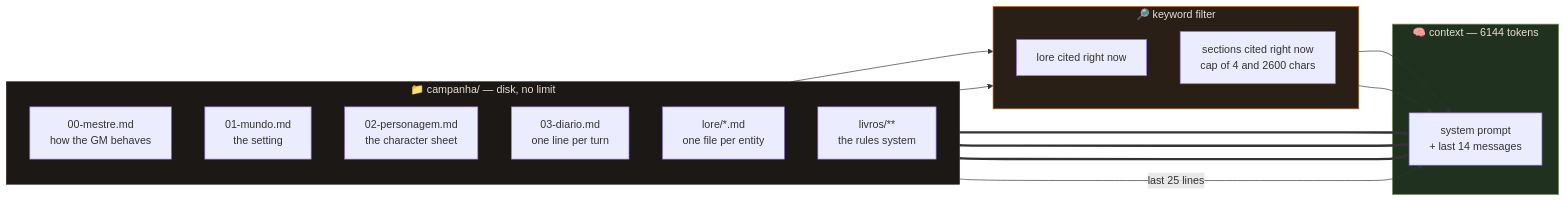
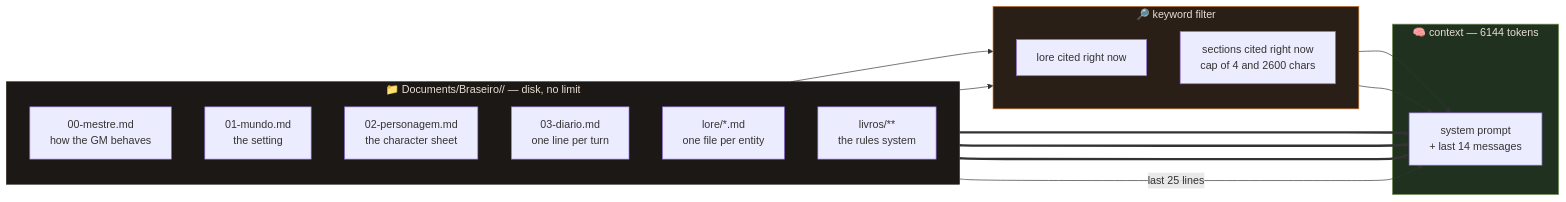
Before and after one commit to madeiragab/braseiro: the second of 3 diagrams in README.en.md, drawn with Mermaid. The commit also changed other lines of this file and 15 other files, not shown here.

````diff
--- a/README.en.md
+++ b/README.en.md
@@ -87,33 +87,33 @@
 ```mermaid
 flowchart LR
-    subgraph disk["📁 campanha/ — disk, no limit"]
+    subgraph disk["📁 Documents/Braseiro/<campaign>/ — disk, no limit"]
         direction TB
         M["00-mestre.md<br/>how the GM behaves"]
         W["01-mundo.md<br/>the setting"]
         P["02-personagem.md<br/>the character sheet"]
         D["03-diario.md<br/>one line per turn"]
         L["lore/*.md<br/>one file per entity"]
         B["livros/**<br/>the rules system"]
     end
 
     subgraph filter["🔎 keyword filter"]
         direction TB
         F1["lore cited right now"]
         F2["sections cited right now<br/>cap of 4 and 2600 chars"]
     end
 
     subgraph ctx["🧠 context — 6144 tokens"]
         C["system prompt<br/>+ last 14 messages"]
     end
 
     M ==> C
     W ==> C
     P ==> C
     D -- "last 25 lines" --> C
     L --> F1 --> C
     B --> F2 --> C
 
     style disk fill:#1c1815,stroke:#332c26,color:#e8ded2
     style filter fill:#2a1f16,stroke:#c9762f,color:#e8ded2
     style ctx fill:#20321f,stroke:#7d9a5e,color:#e8ded2
 ```
````
